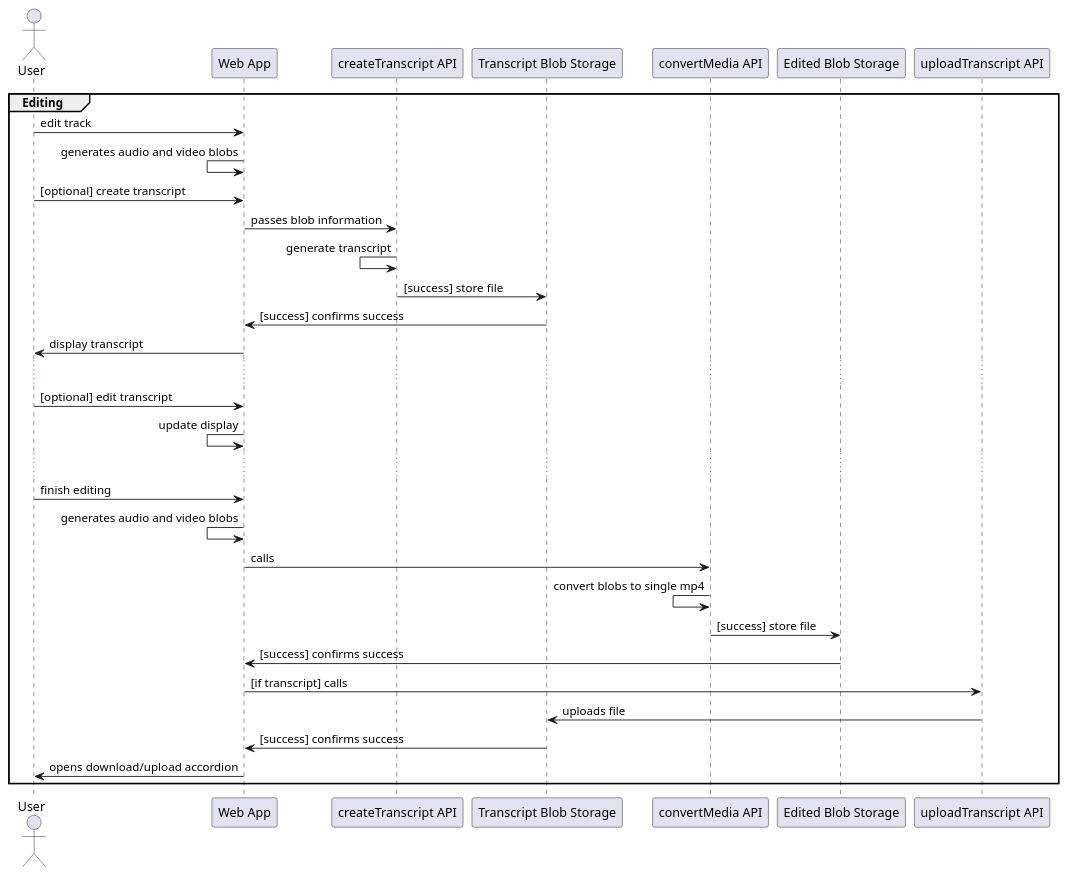
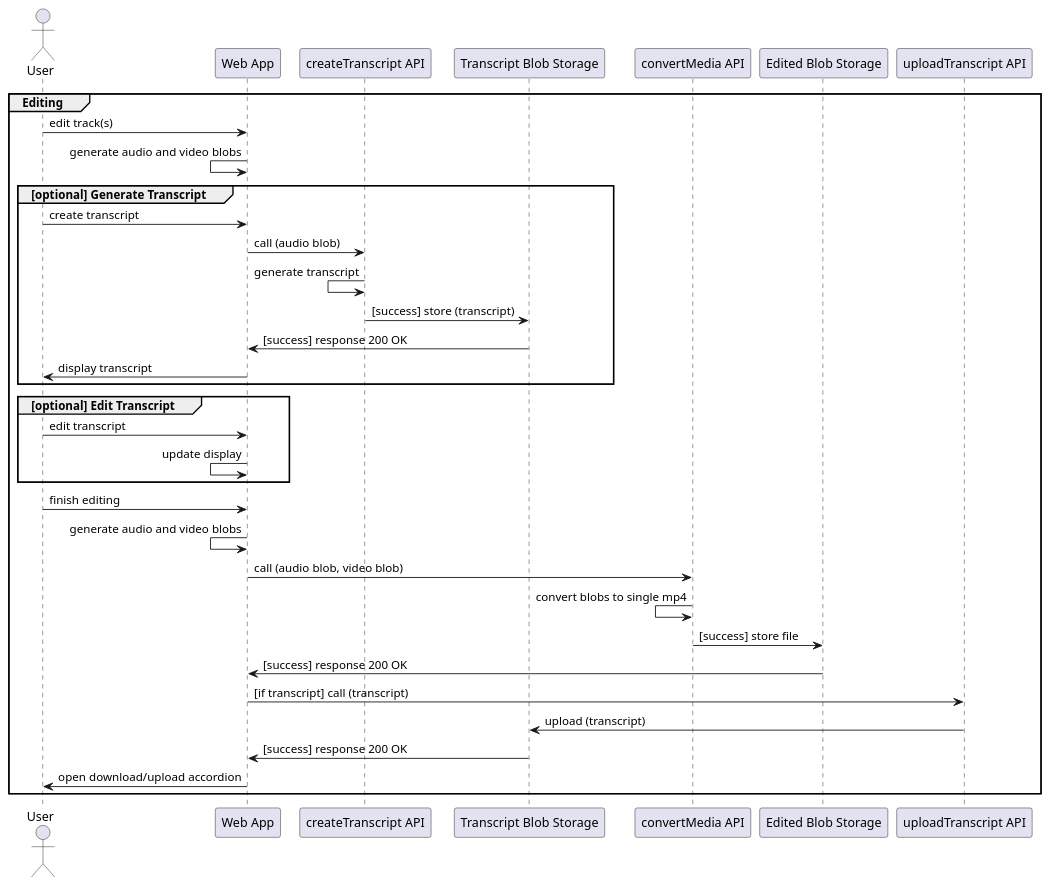
Before and after one commit to jennifer-platt/ECM2429-UML: the diagram in examples/editing.puml, drawn with PlantUML. The commit also changed 2 other files, not shown here.

```diff
--- a/examples/editing.puml
+++ b/examples/editing.puml
@@ -1,36 +1,37 @@
 @startuml system-flow_enter-test-result-code
 
 Actor User
 
 group Editing
-User -> "Web App": edit track
-"Web App" <- "Web App": generates audio and video blobs
+User -> "Web App": edit track(s)
+"Web App" <- "Web App": generate audio and video blobs
 
-User -> "Web App": [optional] create transcript
-"Web App" -> "createTranscript API": passes blob information
+group [optional] Generate Transcript
+User -> "Web App": create transcript
+"Web App" -> "createTranscript API": call (audio blob)
 "createTranscript API" <- "createTranscript API": generate transcript
-"Transcript Blob Storage" <- "createTranscript API": [success] store file
-"Web App" <- "Transcript Blob Storage": [success] confirms success
+"Transcript Blob Storage" <- "createTranscript API": [success] store (transcript)
+"Web App" <- "Transcript Blob Storage": [success] response 200 OK
 User <- "Web App": display transcript
+end
 
-...
-
-User -> "Web App": [optional] edit transcript
+group [optional] Edit Transcript
+User -> "Web App": edit transcript
 "Web App" <- "Web App": update display
-...
+end
 
 User -> "Web App": finish editing
-"Web App" <- "Web App": generates audio and video blobs
+"Web App" <- "Web App": generate audio and video blobs
 
-"Web App" -> "convertMedia API": calls
+"Web App" -> "convertMedia API": call (audio blob, video blob)
 "convertMedia API" <- "convertMedia API": convert blobs to single mp4
 "Edited Blob Storage" <- "convertMedia API": [success] store file
-"Web App" <- "Edited Blob Storage": [success] confirms success
+"Web App" <- "Edited Blob Storage": [success] response 200 OK
 
-"Web App" -> "uploadTranscript API": [if transcript] calls
-"uploadTranscript API" -> "Transcript Blob Storage": uploads file
-"Web App" <- "Transcript Blob Storage": [success] confirms success
-User <- "Web App": opens download/upload accordion
+"Web App" -> "uploadTranscript API": [if transcript] call (transcript)
+"uploadTranscript API" -> "Transcript Blob Storage": upload (transcript)
+"Web App" <- "Transcript Blob Storage": [success] response 200 OK
+User <- "Web App": open download/upload accordion
 end
 
 @enduml
```
